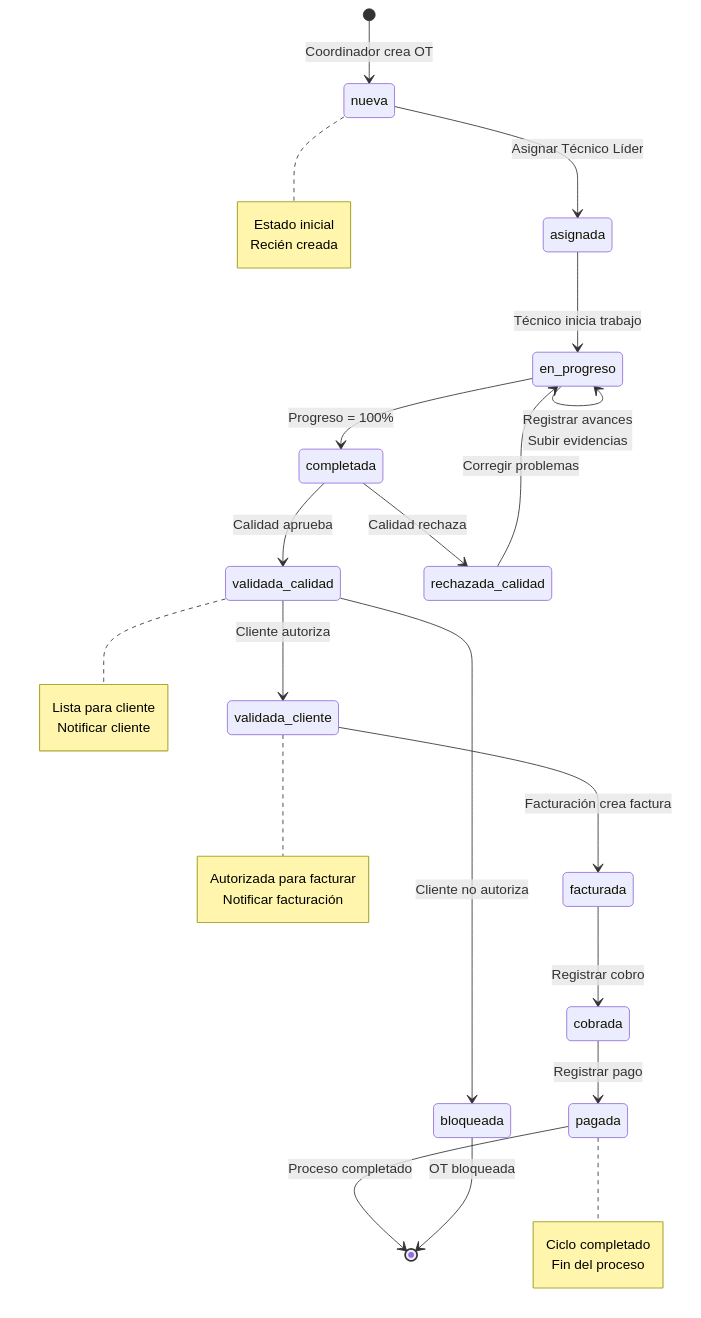
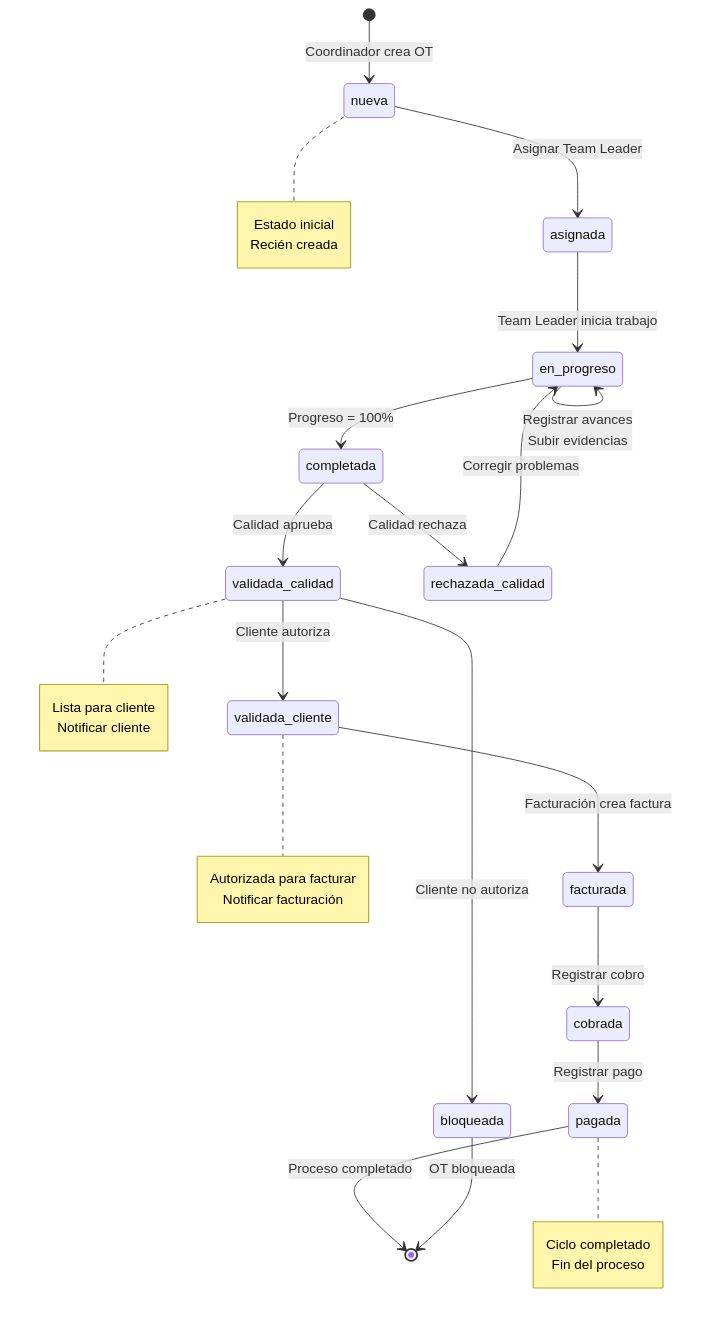
The fourth of 9 diagrams in DIAGRAMAS.md (ABFORTI/UPPER_CONTROL), drawn with Mermaid before and after one commit. The commit also changed other lines of this file and 6 other files, not shown here.

Commit message:
docs: actualizar terminología a Team Leader y simplificar flujo de facturación

````diff
--- a/DIAGRAMAS.md
+++ b/DIAGRAMAS.md
@@ -326,45 +294,45 @@
 ```mermaid
 stateDiagram-v2
     [*] --> nueva: Coordinador crea OT
     
-    nueva --> asignada: Asignar Técnico Líder
-    asignada --> en_progreso: Técnico inicia trabajo
+    nueva --> asignada: Asignar Team Leader
+    asignada --> en_progreso: Team Leader inicia trabajo
     
     en_progreso --> en_progreso: Registrar avances<br/>Subir evidencias
     en_progreso --> completada: Progreso = 100%
     
     completada --> validada_calidad: Calidad aprueba
     completada --> rechazada_calidad: Calidad rechaza
     
     rechazada_calidad --> en_progreso: Corregir problemas
     
     validada_calidad --> validada_cliente: Cliente autoriza
     validada_calidad --> bloqueada: Cliente no autoriza
     
     validada_cliente --> facturada: Facturación crea factura
     facturada --> cobrada: Registrar cobro
     cobrada --> pagada: Registrar pago
     
     pagada --> [*]: Proceso completado
     bloqueada --> [*]: OT bloqueada
     
     note right of nueva
         Estado inicial
         Recién creada
     end note
     
     note right of validada_calidad
         Lista para cliente
         Notificar cliente
     end note
     
     note right of validada_cliente
         Autorizada para facturar
         Notificar facturación
     end note
     
     note right of pagada
         Ciclo completado
         Fin del proceso
     end note
 ```
````
